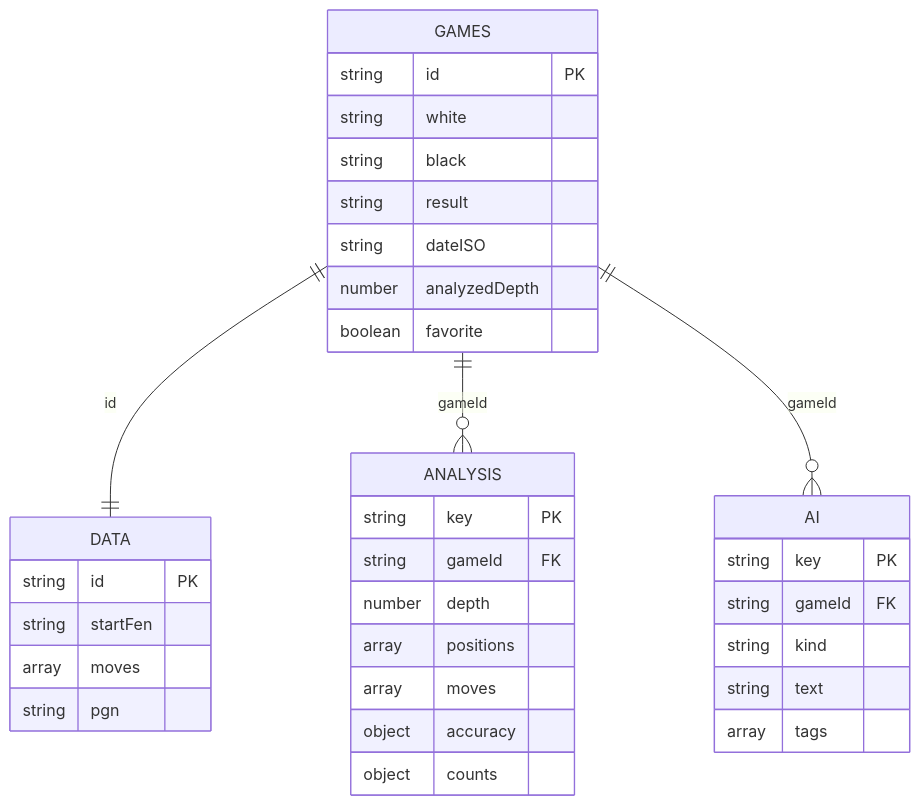
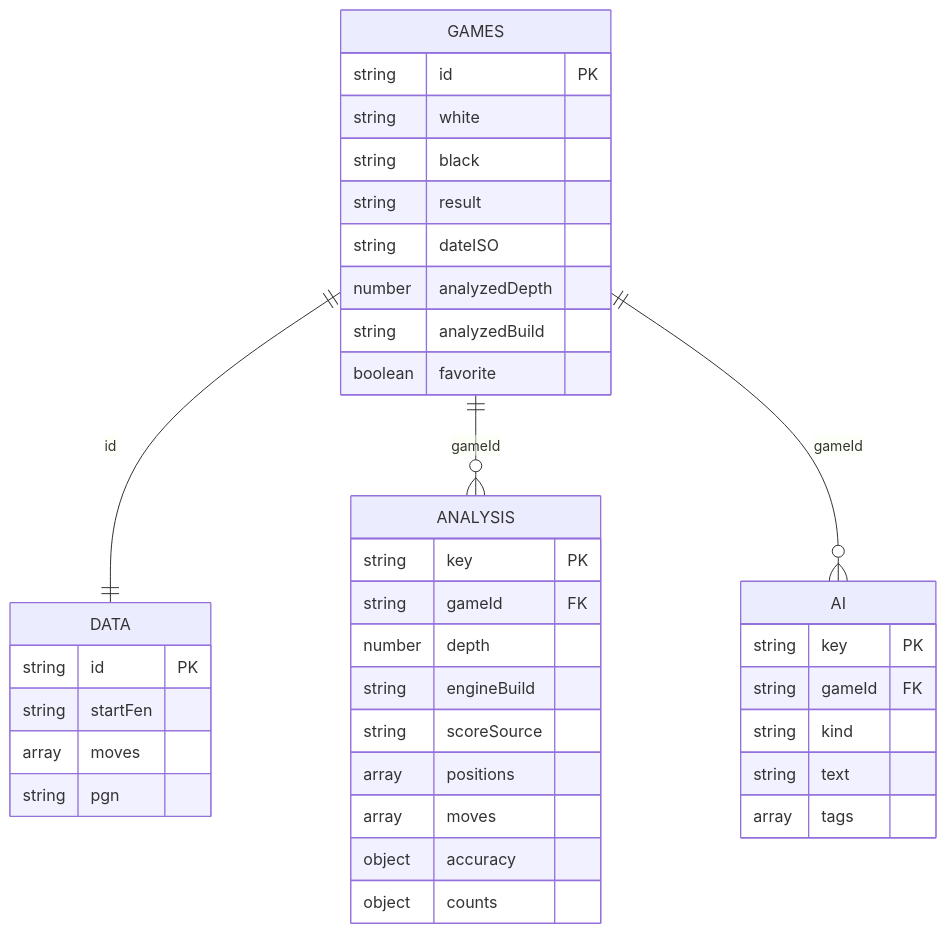
One commit to AdemisCst/Chess-Analysis changed the second of 3 diagrams in docs/ARQUITETURA-INTEGRACAO.md. Above: the diagram before and after it, drawn with Mermaid. The commit also changed other lines of this file and 17 other files, not shown here.

First line of the commit message:
feat(engine): identidade de build, migracao de proveniencia e WDL v3

````diff
--- a/docs/ARQUITETURA-INTEGRACAO.md
+++ b/docs/ARQUITETURA-INTEGRACAO.md
@@ -148,37 +148,40 @@
 ```mermaid
 erDiagram
     GAMES ||--|| DATA : "id"
     GAMES ||--o{ ANALYSIS : "gameId"
     GAMES ||--o{ AI : "gameId"
     GAMES {
         string id PK
         string white
         string black
         string result
         string dateISO
         number analyzedDepth
+        string analyzedBuild
         boolean favorite
     }
     DATA {
         string id PK
         string startFen
         array moves
         string pgn
     }
     ANALYSIS {
         string key PK
         string gameId FK
         number depth
+        string engineBuild
+        string scoreSource
         array positions
         array moves
         object accuracy
         object counts
     }
     AI {
         string key PK
         string gameId FK
         string kind
         string text
         array tags
     }
 ```
````
